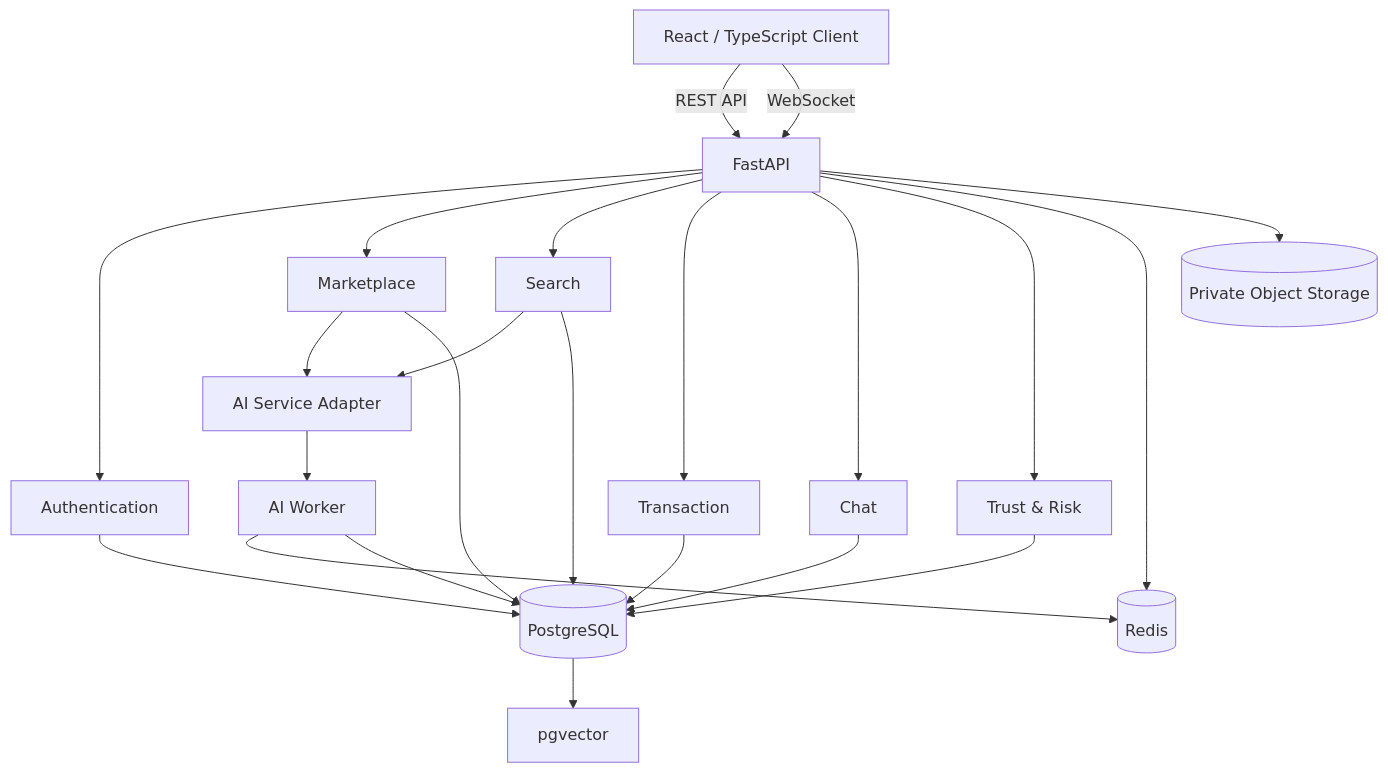
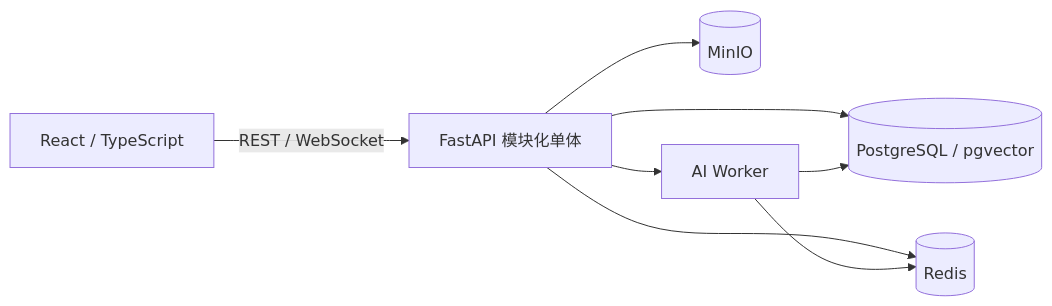
One commit to Huang0283/CampusLoop changed the diagram in README.md. Above: the diagram before and after it, drawn with Mermaid. The commit also changed other lines of this file and 13 other files, not shown here.

````diff
--- a/README.md
+++ b/README.md
@@ -637,36 +94,10 @@
 ```mermaid
-flowchart TB
-
-CLIENT[React / TypeScript Client]
-
-CLIENT -->|REST API| API[FastAPI]
-CLIENT -->|WebSocket| API
-
-API --> AUTH[Authentication]
-API --> MARKET[Marketplace]
-API --> SEARCH[Search]
-API --> ORDER[Transaction]
-API --> CHAT[Chat]
-API --> TRUST[Trust & Risk]
-
-SEARCH --> AI[AI Service Adapter]
-MARKET --> AI
-
-AI --> WORKER[AI Worker]
-
-AUTH --> DB[(PostgreSQL)]
-MARKET --> DB
-SEARCH --> DB
-ORDER --> DB
-CHAT --> DB
-TRUST --> DB
-
-DB --> VECTOR[pgvector]
-
-API --> REDIS[(Redis)]
-
-WORKER --> REDIS
-WORKER --> DB
-
-API --> STORAGE[(Private Object Storage)]
+flowchart LR
+    FE[React / TypeScript] -->|REST / WebSocket| API[FastAPI 模块化单体]
+    API --> DB[(PostgreSQL / pgvector)]
+    API --> CACHE[(Redis)]
+    API --> STORE[(MinIO)]
+    API --> WORKER[AI Worker]
+    WORKER --> DB
+    WORKER --> CACHE
 ```
````
